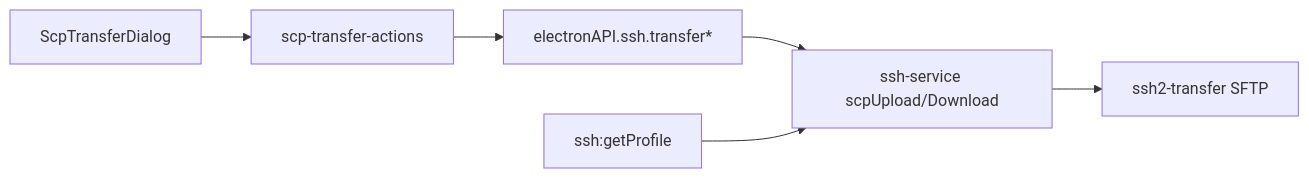
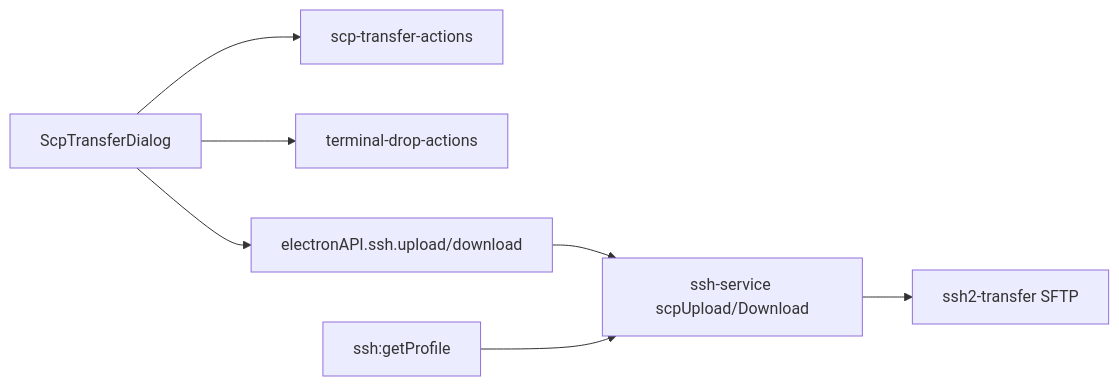
Before and after one commit to Landers1037/NioZy: the first of 3 diagrams in docs/功能SCP传输.md, drawn with Mermaid. The commit also changed other lines of this file, not shown here.

First line of the commit message:
docs(scp): document drag-and-drop upload and usage

````diff
--- a/docs/功能SCP传输.md
+++ b/docs/功能SCP传输.md
@@ -25,10 +40,13 @@
 ```mermaid
 flowchart LR
   Dialog["ScpTransferDialog"]
   Actions["scp-transfer-actions"]
-  API["electronAPI.ssh.transfer*"]
+  Drop["terminal-drop-actions"]
+  API["electronAPI.ssh.upload/download"]
   Svc["ssh-service scpUpload/Download"]
   S2T["ssh2-transfer SFTP"]
-  Dialog --> Actions --> API --> Svc --> S2T
+  Dialog --> Actions
+  Dialog --> Drop
+  Dialog --> API --> Svc --> S2T
   Profile["ssh:getProfile"] --> Svc
 ```
````
